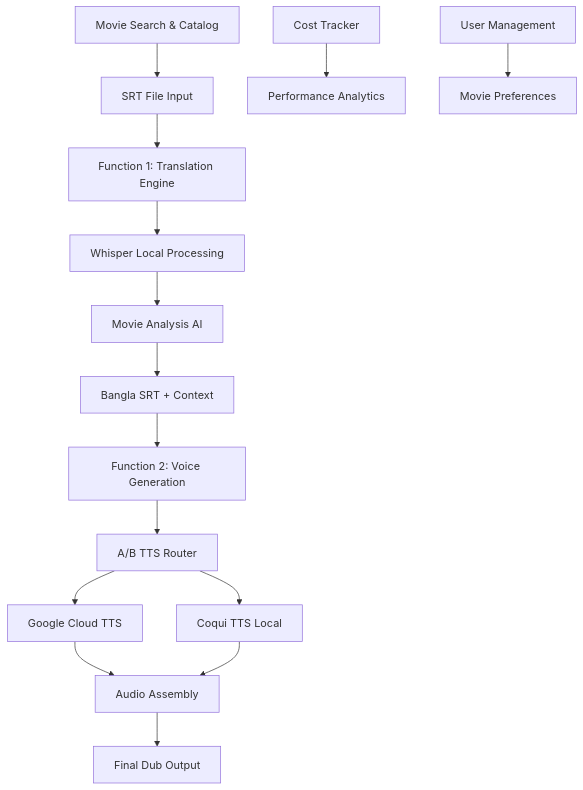
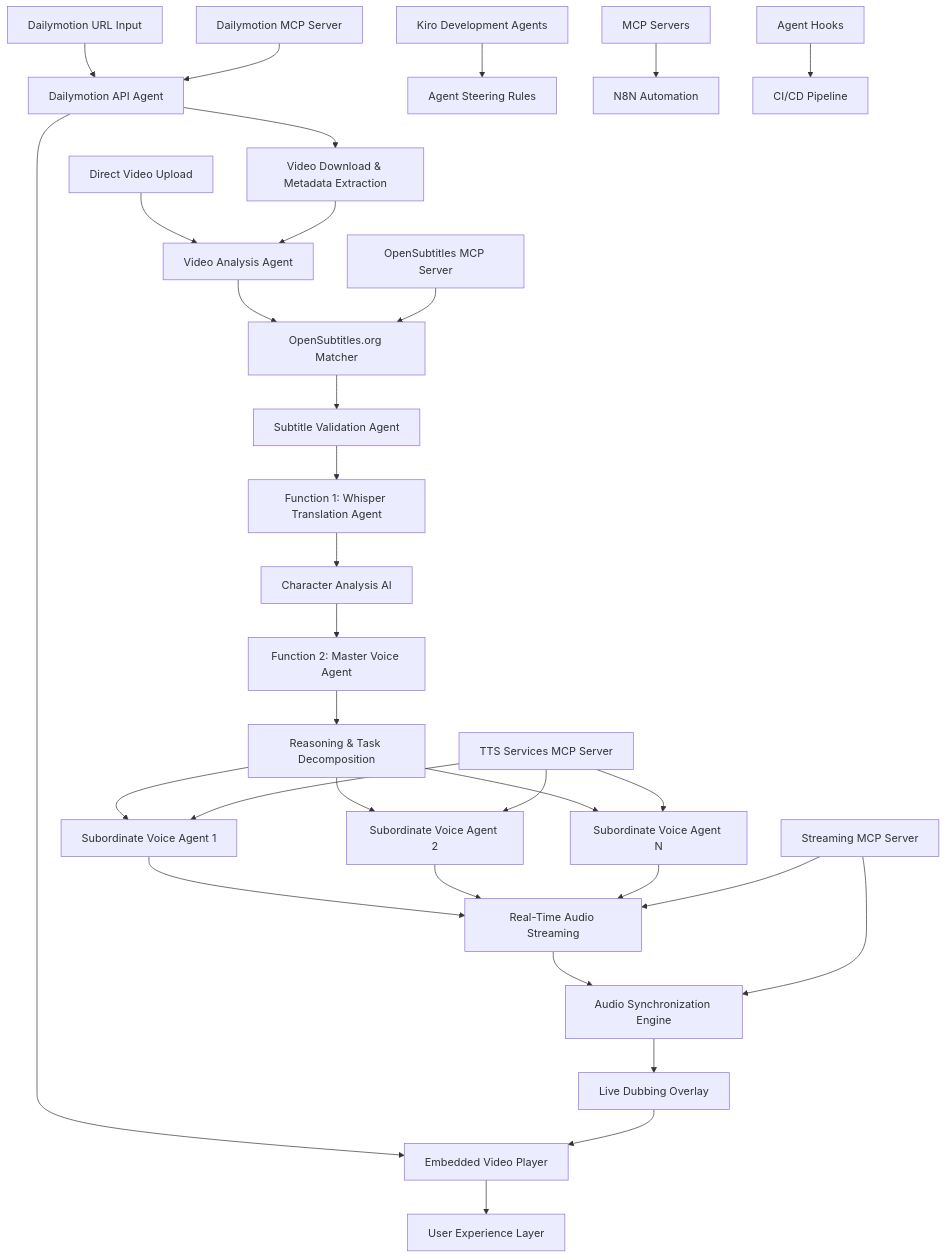
One commit to SiliconJelly/DubAI changed the first of 2 diagrams in .kiro/specs/automated-dubbing-workflow/design.md. Above: the diagram before and after it, drawn with Mermaid. The commit also changed other lines of this file and 13 other files, not shown here.

First line of the commit message:
feat: Implement comprehensive CI/CD pipeline with MCP validation

````diff
--- a/.kiro/specs/automated-dubbing-workflow/design.md
+++ b/.kiro/specs/automated-dubbing-workflow/design.md
@@ -30,18 +30,36 @@
 ```mermaid
 graph TB
-    A[Movie Search & Catalog] --> B[SRT File Input]
-    B --> C[Function 1: Translation Engine]
-    C --> D[Whisper Local Processing]
-    D --> E[Movie Analysis AI]
-    E --> F[Bangla SRT + Context]
-    F --> G[Function 2: Voice Generation]
-    G --> H[A/B TTS Router]
-    H --> I[Google Cloud TTS]
-    H --> J[Coqui TTS Local]
-    I --> K[Audio Assembly]
-    J --> K
-    K --> L[Final Dub Output]
+    A[Dailymotion URL Input] --> B[Dailymotion API Agent]
+    A1[Direct Video Upload] --> C[Video Analysis Agent]
+    B --> B1[Video Download & Metadata Extraction]
+    B --> B2[Embedded Video Player]
+    B1 --> C
+    C --> D[OpenSubtitles.org Matcher]
+    D --> E[Subtitle Validation Agent]
+    E --> F[Function 1: Whisper Translation Agent]
+    F --> G[Character Analysis AI]
+    G --> H[Function 2: Master Voice Agent]
+    H --> I[Reasoning & Task Decomposition]
+    I --> J[Subordinate Voice Agent 1]
+    I --> K[Subordinate Voice Agent 2]
+    I --> L[Subordinate Voice Agent N]
+    J --> M[Real-Time Audio Streaming]
+    K --> M
+    L --> M
+    M --> N[Audio Synchronization Engine]
+    N --> O[Live Dubbing Overlay]
+    O --> B2
+    B2 --> P[User Experience Layer]
     
-    M[Cost Tracker] --> N[Performance Analytics]
-    O[User Management] --> P[Movie Preferences]
+    Q[Kiro Development Agents] --> R[Agent Steering Rules]
+    S[MCP Servers] --> T[N8N Automation]
+    U[Agent Hooks] --> V[CI/CD Pipeline]
+    
+    W[Dailymotion MCP Server] --> B
+    X[OpenSubtitles MCP Server] --> D
+    Y[TTS Services MCP Server] --> J
+    Y --> K
+    Y --> L
+    Z[Streaming MCP Server] --> M
+    Z --> N
 ```
````
